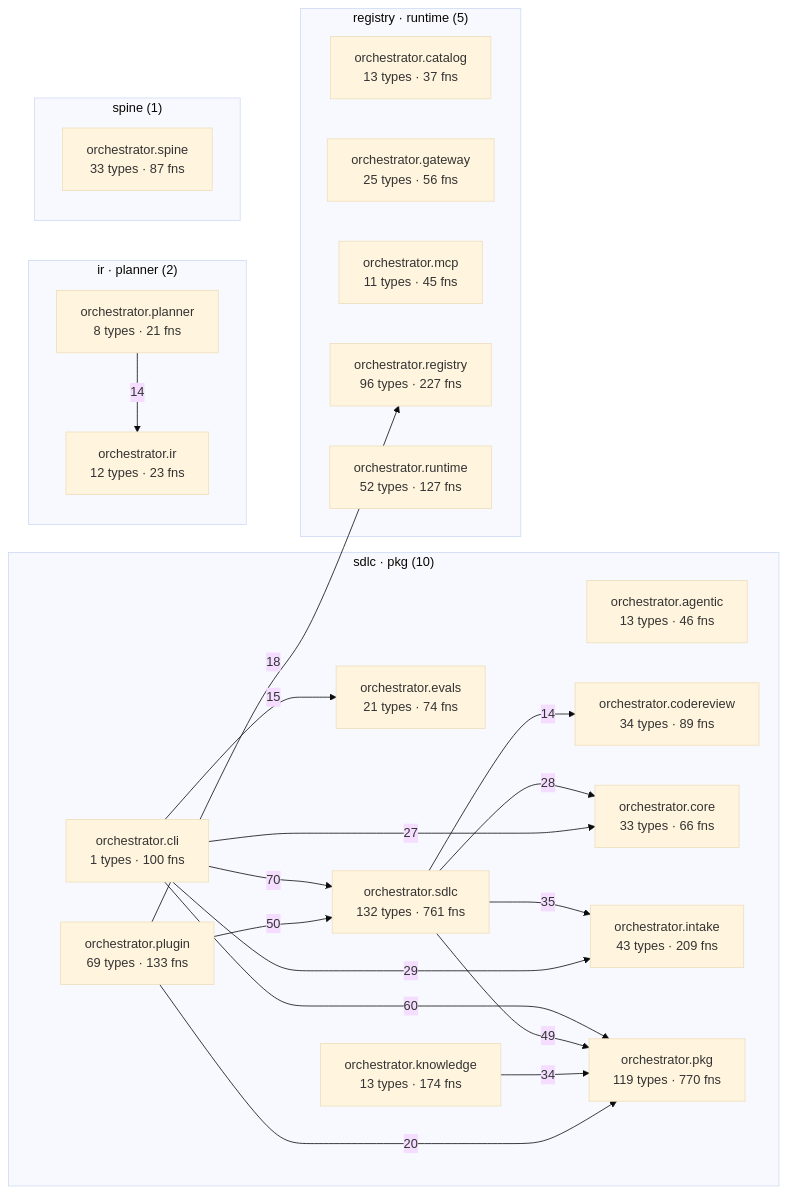
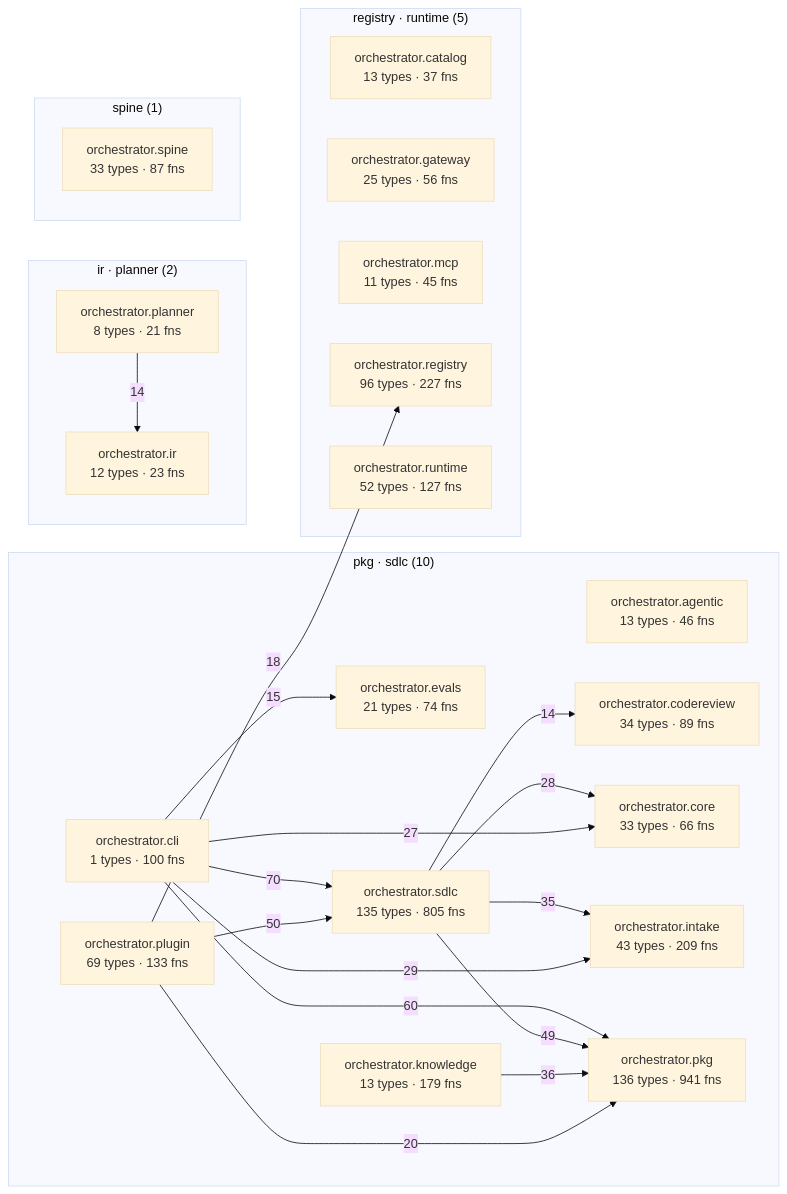
Before and after one commit to palakupadhyay23/spine: the diagram in episteme/architecture.md, drawn with Mermaid (base theme). The commit also changed other lines of this file and 58 other files, not shown here.

````diff
--- a/episteme/architecture.md
+++ b/episteme/architecture.md
@@ -54,43 +54,43 @@
 ```mermaid
 flowchart LR
-  subgraph c_2["sdlc · pkg (10)"]
+  subgraph c_2["pkg · sdlc (10)"]
     aorchestratoragentic["orchestrator.agentic<br/>13 types · 46 fns"]
     aorchestratorcli["orchestrator.cli<br/>1 types · 100 fns"]
     aorchestratorcodereview["orchestrator.codereview<br/>34 types · 89 fns"]
     aorchestratorcore["orchestrator.core<br/>33 types · 66 fns"]
     aorchestratorevals["orchestrator.evals<br/>21 types · 74 fns"]
     aorchestratorintake["orchestrator.intake<br/>43 types · 209 fns"]
-    aorchestratorknowledge["orchestrator.knowledge<br/>13 types · 174 fns"]
-    aorchestratorpkg["orchestrator.pkg<br/>119 types · 770 fns"]
+    aorchestratorknowledge["orchestrator.knowledge<br/>13 types · 179 fns"]
+    aorchestratorpkg["orchestrator.pkg<br/>136 types · 941 fns"]
     aorchestratorplugin["orchestrator.plugin<br/>69 types · 133 fns"]
-    aorchestratorsdlc["orchestrator.sdlc<br/>132 types · 761 fns"]
+    aorchestratorsdlc["orchestrator.sdlc<br/>135 types · 805 fns"]
   end
   subgraph c_4["registry · runtime (5)"]
     aorchestratorcatalog["orchestrator.catalog<br/>13 types · 37 fns"]
     aorchestratorgateway["orchestrator.gateway<br/>25 types · 56 fns"]
     aorchestratormcp["orchestrator.mcp<br/>11 types · 45 fns"]
     aorchestratorregistry["orchestrator.registry<br/>96 types · 227 fns"]
     aorchestratorruntime["orchestrator.runtime<br/>52 types · 127 fns"]
   end
   subgraph c_7["ir · planner (2)"]
     aorchestratorir["orchestrator.ir<br/>12 types · 23 fns"]
     aorchestratorplanner["orchestrator.planner<br/>8 types · 21 fns"]
   end
   subgraph c_12["spine (1)"]
     aorchestratorspine["orchestrator.spine<br/>33 types · 87 fns"]
   end
   aorchestratorcli -->|70| aorchestratorsdlc
   aorchestratorcli -->|60| aorchestratorpkg
   aorchestratorplugin -->|50| aorchestratorsdlc
   aorchestratorsdlc -->|49| aorchestratorpkg
+  aorchestratorknowledge -->|36| aorchestratorpkg
   aorchestratorsdlc -->|35| aorchestratorintake
-  aorchestratorknowledge -->|34| aorchestratorpkg
   aorchestratorcli -->|29| aorchestratorintake
   aorchestratorsdlc -->|28| aorchestratorcore
   aorchestratorcli -->|27| aorchestratorcore
   aorchestratorplugin -->|20| aorchestratorpkg
   aorchestratorplugin -->|18| aorchestratorregistry
   aorchestratorcli -->|15| aorchestratorevals
   aorchestratorplanner -->|14| aorchestratorir
   aorchestratorsdlc -->|14| aorchestratorcodereview
 ```
````
